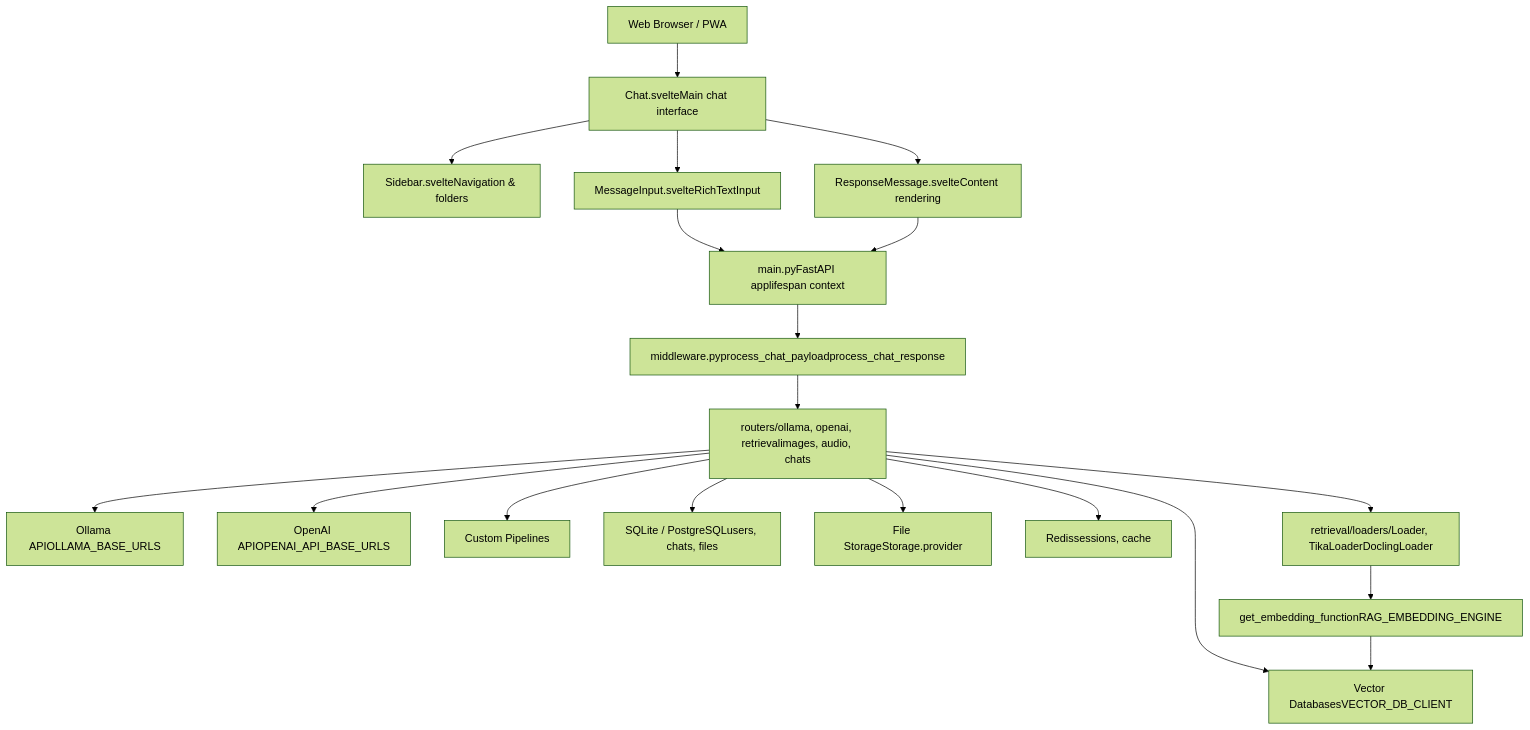
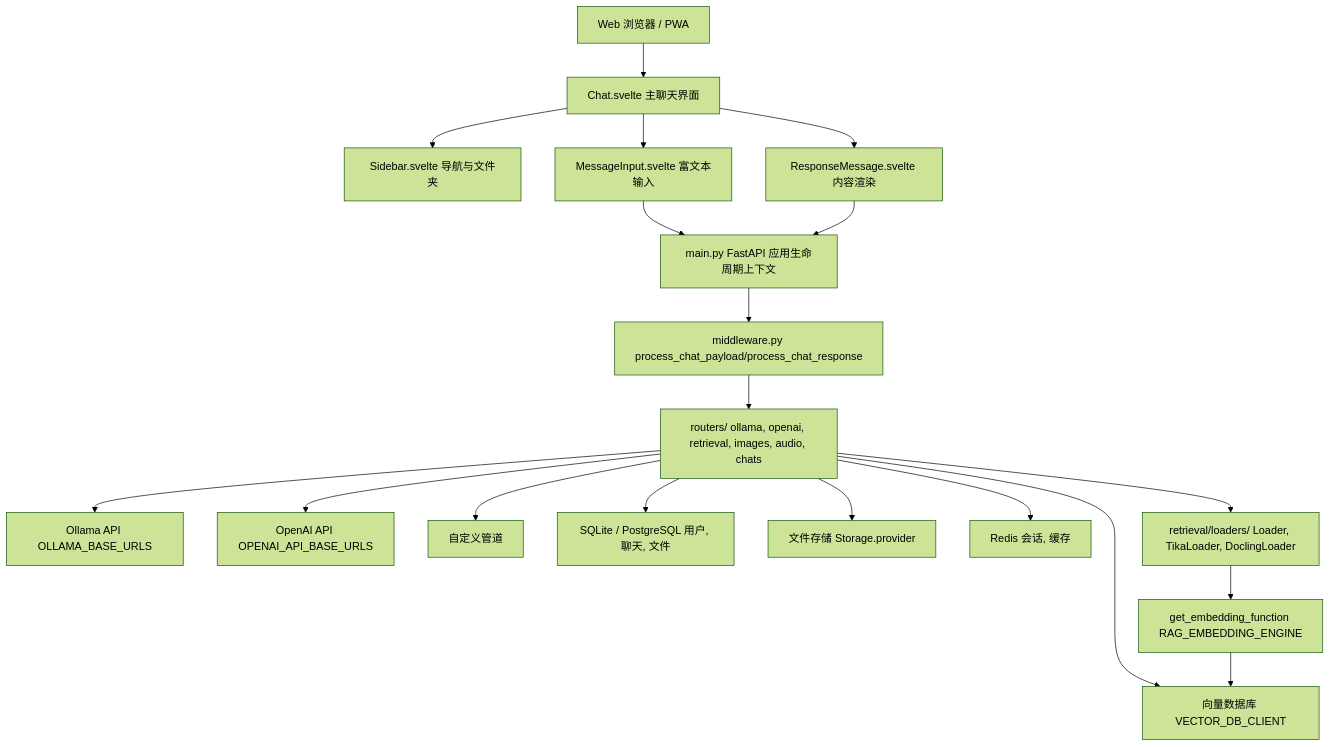
One commit to Chesszyh/Wiki changed the first of 7 diagrams in tests/open-webui_deepwiki/zh/1-overview.md. Above: the diagram before and after it, drawn with Mermaid (forest theme). The commit also changed other lines of this file and 234 other files, not shown here.

````diff
--- a/tests/open-webui_deepwiki/zh/1-overview.md
+++ b/tests/open-webui_deepwiki/zh/1-overview.md
@@ -53,39 +53,39 @@
 ```mermaid
 flowchart TD
-    Browser["Web Browser / PWA"]
-    ChatSvelte["Chat.svelteMain chat interface"]
-    Sidebar["Sidebar.svelteNavigation & folders"]
-    MessageInput["MessageInput.svelteRichTextInput"]
-    ResponseMessage["ResponseMessage.svelteContent rendering"]
-    MainPy["main.pyFastAPI applifespan context"]
-    MiddlewarePy["middleware.pyprocess_chat_payloadprocess_chat_response"]
-    RoutersDir["routers/ollama, openai, retrievalimages, audio, chats"]
-    Ollama["Ollama APIOLLAMA_BASE_URLS"]
-    OpenAI["OpenAI APIOPENAI_API_BASE_URLS"]
-    Custom["Custom Pipelines"]
-    RDBMS["SQLite / PostgreSQLusers, chats, files"]
-    VectorDB["Vector DatabasesVECTOR_DB_CLIENT"]
-    FileStorage["File StorageStorage.provider"]
-    RedisDB["Redissessions, cache"]
-    LoadersDir["retrieval/loaders/Loader, TikaLoaderDoclingLoader"]
-    EmbeddingFunc["get_embedding_functionRAG_EMBEDDING_ENGINE"]
+    Browser["Web 浏览器 / PWA"]
+    ChatSvelte["Chat.svelte 主聊天界面"]
+    Sidebar["Sidebar.svelte 导航与文件夹"]
+    MessageInput["MessageInput.svelte 富文本输入"]
+    ResponseMessage["ResponseMessage.svelte 内容渲染"]
+    MainPy["main.py FastAPI 应用生命周期上下文"]
+    MiddlewarePy["middleware.py process_chat_payload/process_chat_response"]
+    RoutersDir["routers/ ollama, openai, retrieval, images, audio, chats"]
+    Ollama["Ollama API OLLAMA_BASE_URLS"]
+    OpenAI["OpenAI API OPENAI_API_BASE_URLS"]
+    Custom["自定义管道"]
+    RDBMS["SQLite / PostgreSQL 用户, 聊天, 文件"]
+    VectorDB["向量数据库 VECTOR_DB_CLIENT"]
+    FileStorage["文件存储 Storage.provider"]
+    RedisDB["Redis 会话, 缓存"]
+    LoadersDir["retrieval/loaders/ Loader, TikaLoader, DoclingLoader"]
+    EmbeddingFunc["get_embedding_function RAG_EMBEDDING_ENGINE"]
 
     Browser --> ChatSvelte
     ChatSvelte --> MessageInput
     ChatSvelte --> ResponseMessage
     ChatSvelte --> Sidebar
     MessageInput --> MainPy
     ResponseMessage --> MainPy
     MainPy --> MiddlewarePy
     MiddlewarePy --> RoutersDir
     RoutersDir --> Ollama
     RoutersDir --> OpenAI
     RoutersDir --> Custom
     RoutersDir --> RDBMS
     RoutersDir --> VectorDB
     RoutersDir --> FileStorage
     RoutersDir --> RedisDB
     RoutersDir --> LoadersDir
     LoadersDir --> EmbeddingFunc
     EmbeddingFunc --> VectorDB
 ```
````
